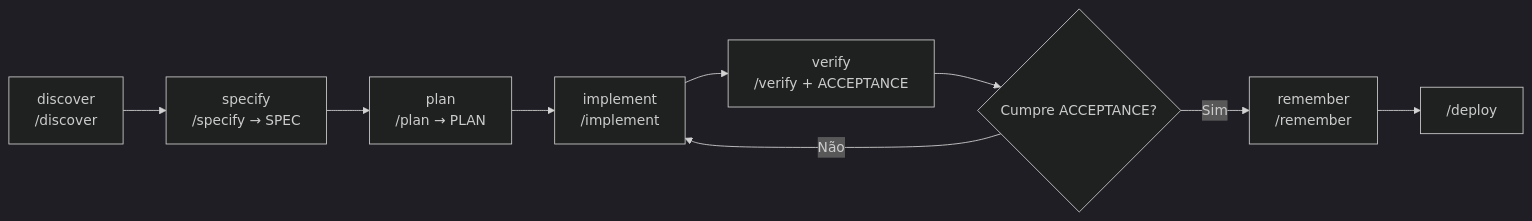
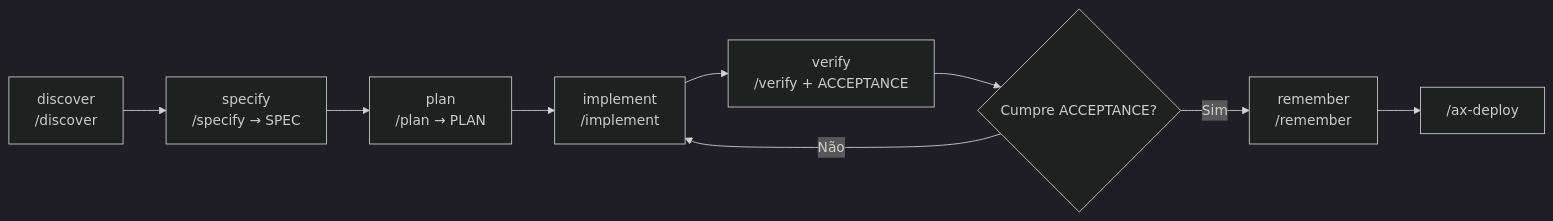
The first of 2 diagrams in README.md (zanetta/axion), drawn with Mermaid (dark theme) before and after one commit. The commit also changed other lines of this file and 51 other files, not shown here.

````diff
--- a/README.md
+++ b/README.md
@@ -217,11 +217,11 @@
 ```mermaid
 flowchart LR
   A["discover\n/discover"] --> B["specify\n/specify → SPEC"]
   B --> C["plan\n/plan → PLAN"]
   C --> D["implement\n/implement"]
   D --> E["verify\n/verify + ACCEPTANCE"]
   E --> F{Cumpre ACCEPTANCE?}
   F -->|Não| D
   F -->|Sim| G["remember\n/remember"]
-  G --> H["/deploy"]
+  G --> H["/ax-deploy"]
 ```
````
